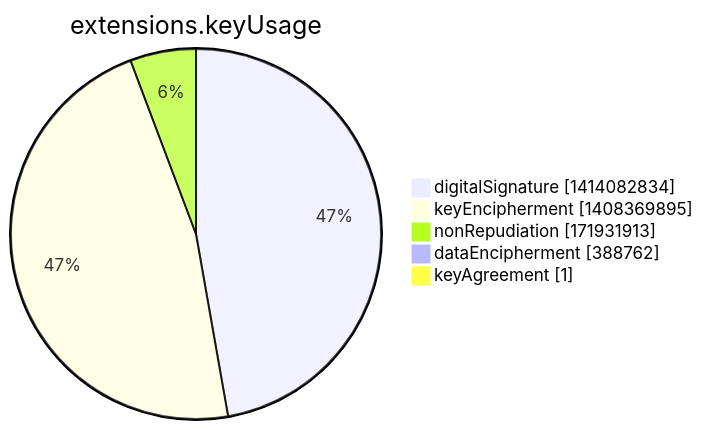
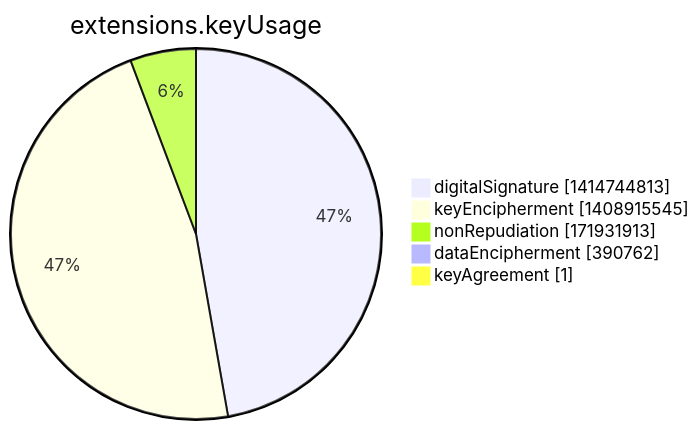
Before and after one commit to christiankrug/ctmonitor_visualization: the seventh of 15 diagrams in argon2022/README.md, drawn with Mermaid. The commit also changed other lines of this file, not shown here.

````diff
--- a/argon2022/README.md
+++ b/argon2022/README.md
@@ -2751,9 +2751,9 @@
 ```mermaid
 pie showData
 title extensions.keyUsage
-"digitalSignature" :1414082834
-"keyEncipherment" :1408369895
+"digitalSignature" :1414744813
+"keyEncipherment" :1408915545
 "nonRepudiation" :171931913
-"dataEncipherment" :388762
+"dataEncipherment" :390762
 "keyAgreement" :1
 ```
````
